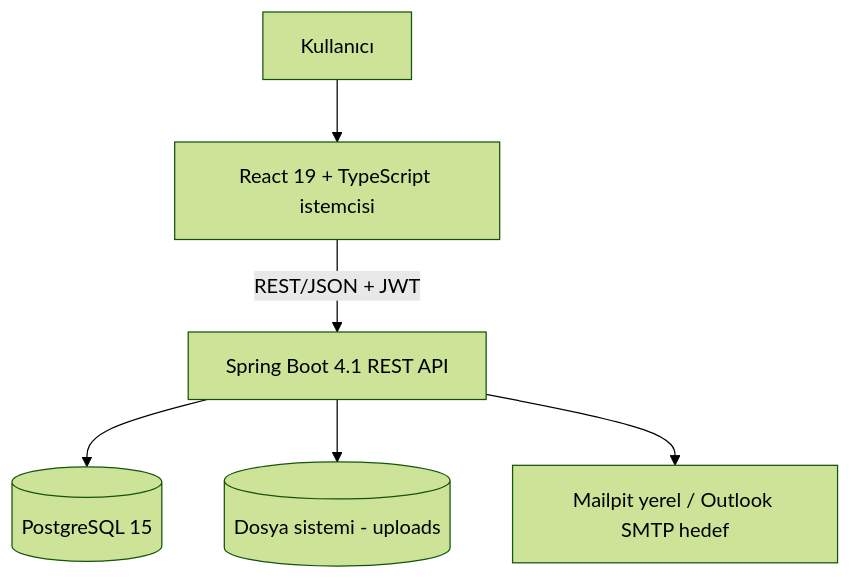
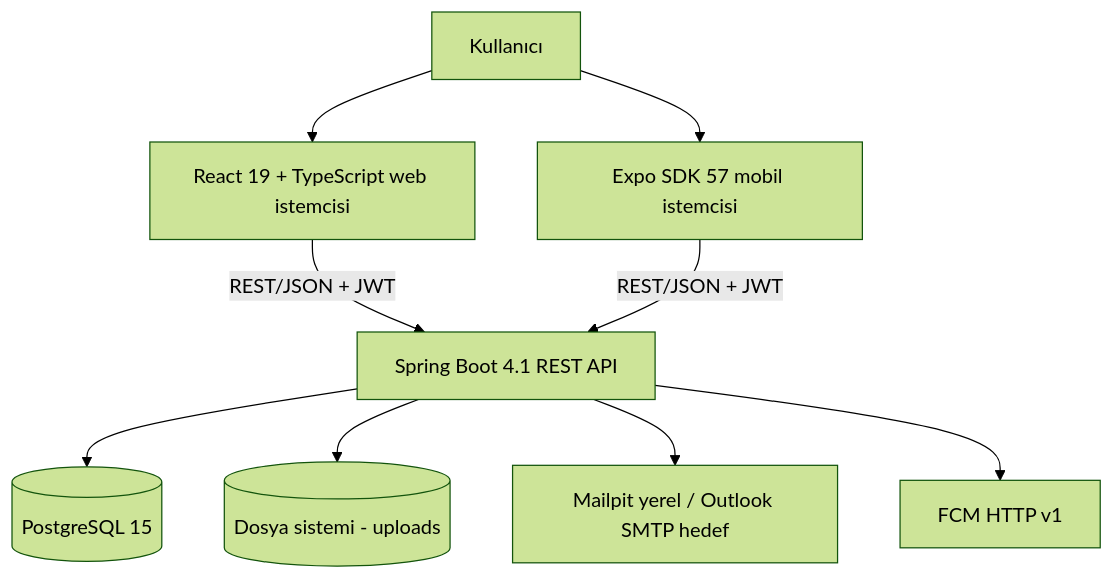
The first of 2 diagrams in docs/architecture.md (btkstajyer26/WorkFlowProject), drawn with Mermaid (forest theme) before and after one commit. The commit also changed other lines of this file and 18 other files, not shown here.

````diff
--- a/docs/architecture.md
+++ b/docs/architecture.md
@@ -21,8 +21,11 @@
 ```mermaid
 flowchart TB
-    U[Kullanıcı] --> UI[React 19 + TypeScript istemcisi]
+    U[Kullanıcı] --> UI[React 19 + TypeScript web istemcisi]
+    U --> MOBILE[Expo SDK 57 mobil istemcisi]
     UI -->|REST/JSON + JWT| API[Spring Boot 4.1 REST API]
+    MOBILE -->|REST/JSON + JWT| API
     API --> DB[(PostgreSQL 15)]
     API --> FS[(Dosya sistemi - uploads)]
     API --> SMTP[Mailpit yerel / Outlook SMTP hedef]
+    API --> FCM[FCM HTTP v1]
 ```
````
